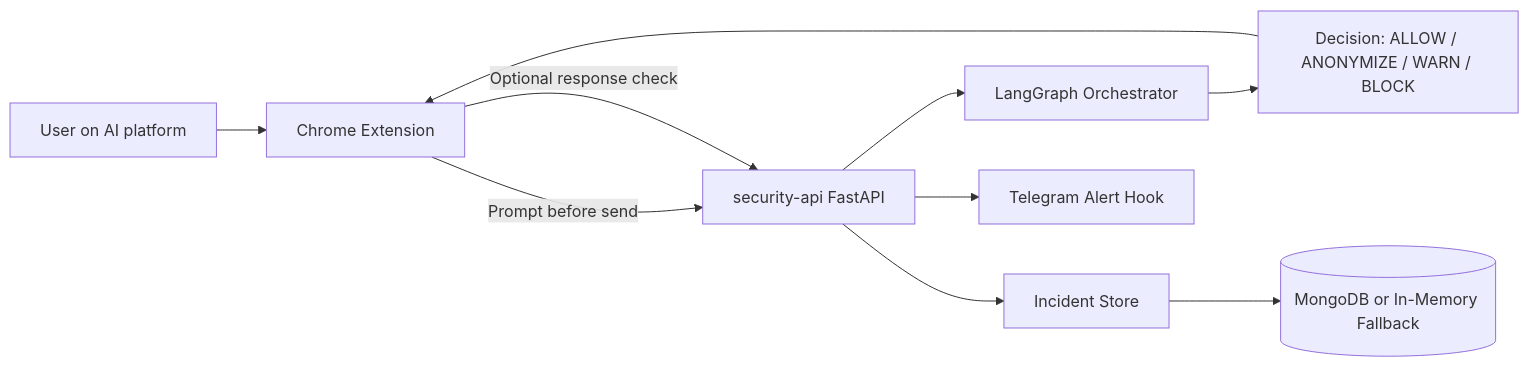
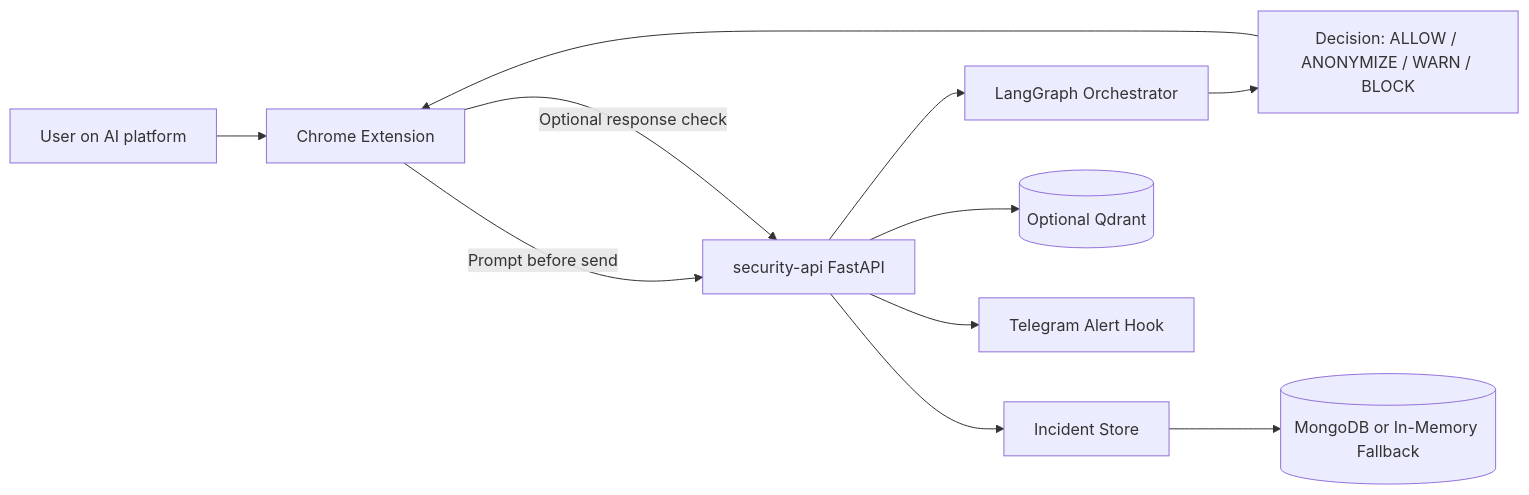
Before and after one commit to noukpoherve/confidentialAI: the first of 3 diagrams in docs/NOTION_WORKFLOW_GUIDE.md, drawn with Mermaid. The commit also changed other lines of this file and 19 other files, not shown here.

First line of the commit message:
feat(security-api): Qdrant vector search path and LangGraph hook

````diff
--- a/docs/NOTION_WORKFLOW_GUIDE.md
+++ b/docs/NOTION_WORKFLOW_GUIDE.md
@@ -8,12 +8,13 @@
 ```mermaid
 flowchart LR
     U[User on AI platform] --> E[Chrome Extension]
     E -->|Prompt before send| API[security-api FastAPI]
     API --> LG[LangGraph Orchestrator]
     LG --> D[Decision: ALLOW / ANONYMIZE / WARN / BLOCK]
     D --> E
     API --> I[Incident Store]
     I --> M[(MongoDB or In-Memory Fallback)]
+    API --> Q[(Optional Qdrant)]
     API --> T[Telegram Alert Hook]
     E -->|Optional response check| API
 ```
````
